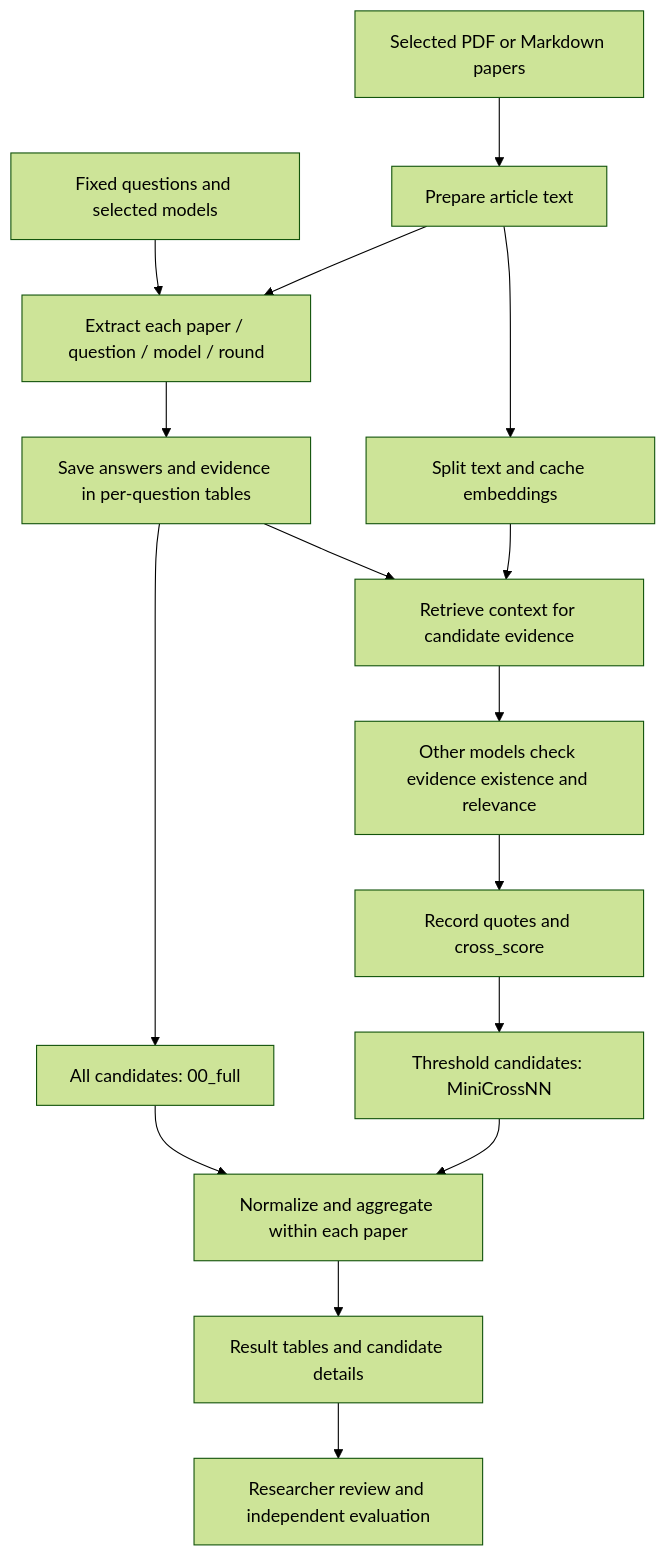
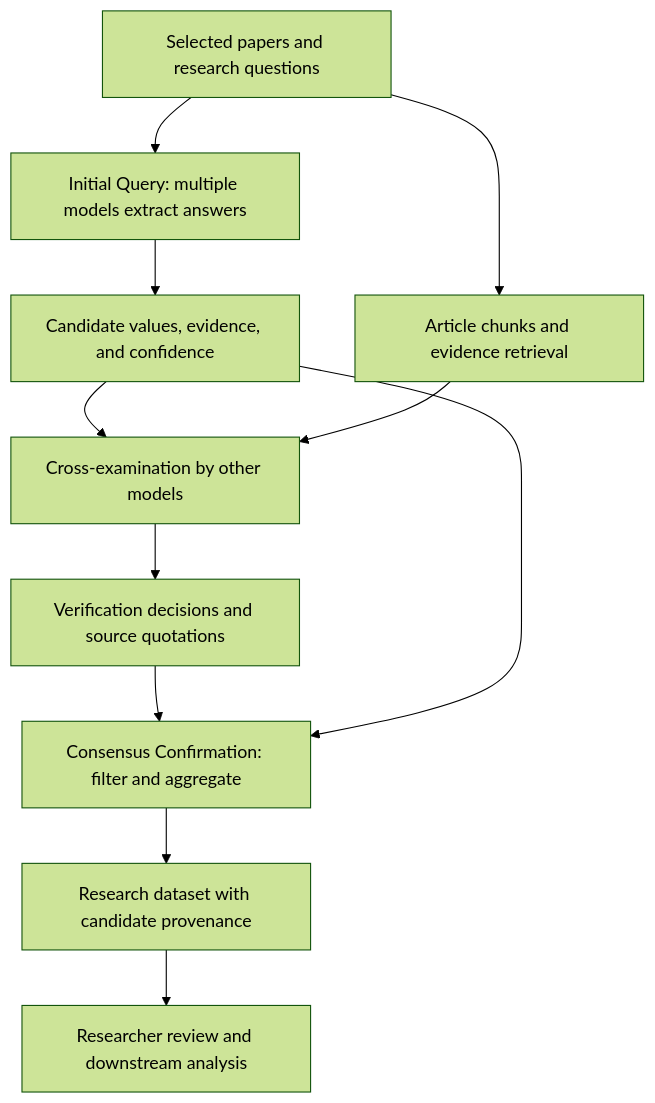
One commit to Voss-zeji/LUMINA changed the first of 2 diagrams in README.md. Above: the diagram before and after it, drawn with Mermaid (forest theme). The commit also changed other lines of this file and 1 other file, not shown here.

````diff
--- a/README.md
+++ b/README.md
@@ -42,18 +27,13 @@
 ```mermaid
 flowchart TD
-    Input["Selected PDF or Markdown papers"] --> Prepare["Prepare article text"]
-    Questions["Fixed questions and selected models"] --> Extract["Extract each paper / question / model / round"]
-    Prepare --> Extract
-    Extract --> Composite["Save answers and evidence in per-question tables"]
-    Prepare --> Vectors["Split text and cache embeddings"]
-    Composite --> Retrieve["Retrieve context for candidate evidence"]
-    Vectors --> Retrieve
-    Retrieve --> Verify["Other models check evidence existence and relevance"]
-    Verify --> Scores["Record quotes and cross_score"]
-    Composite --> Full["All candidates: 00_full"]
-    Scores --> Filtered["Threshold candidates: MiniCrossNN"]
-    Full --> Ensemble["Normalize and aggregate within each paper"]
-    Filtered --> Ensemble
-    Ensemble --> Tables["Result tables and candidate details"]
-    Tables --> Review["Researcher review and independent evaluation"]
+    Papers["Selected papers and research questions"] --> Query["Initial Query: multiple models extract answers"]
+    Query --> Candidates["Candidate values, evidence, and confidence"]
+    Papers --> Context["Article chunks and evidence retrieval"]
+    Candidates --> Verify["Cross-examination by other models"]
+    Context --> Verify
+    Verify --> Votes["Verification decisions and source quotations"]
+    Votes --> Consensus["Consensus Confirmation: filter and aggregate"]
+    Candidates --> Consensus
+    Consensus --> Data["Research dataset with candidate provenance"]
+    Data --> Review["Researcher review and downstream analysis"]
 ```
````
